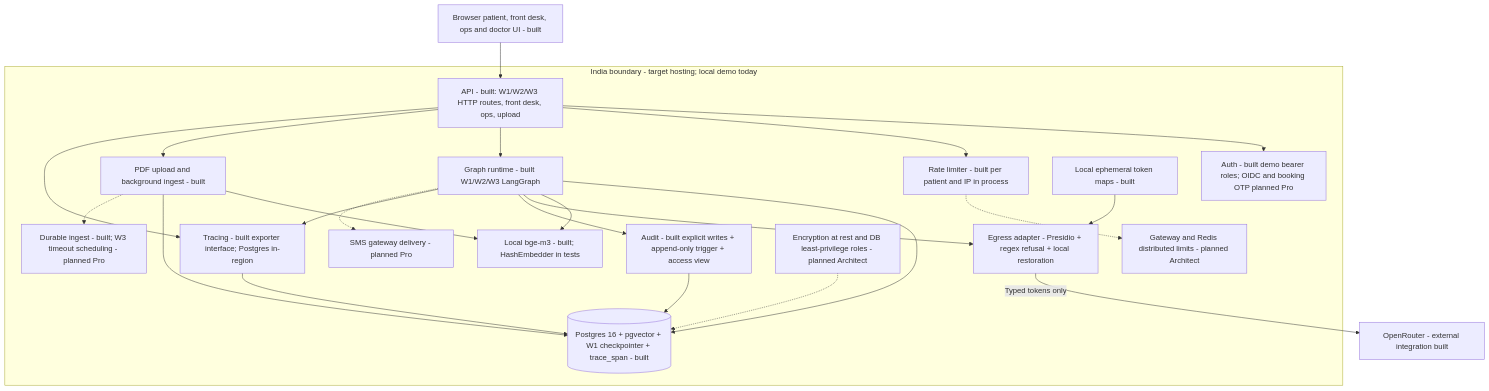
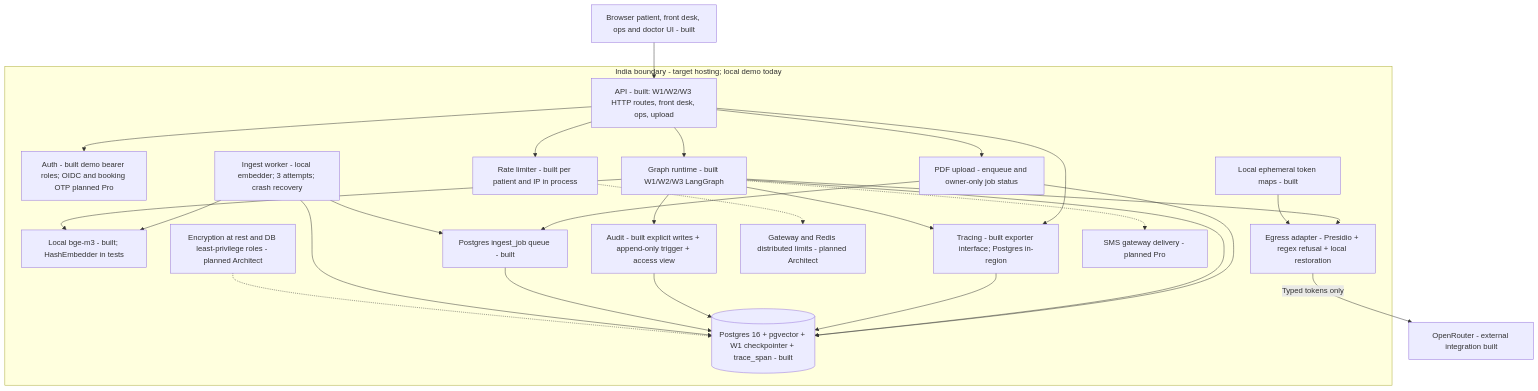
The diagram in docs/diagrams/container.md (akilakuppuswamy1/Sahyog_care), drawn with Mermaid before and after one commit. The commit also changed other lines of this file and 20 other files, not shown here.

Commit message:
Pro-6: durable ingest queue (SKIP LOCKED worker, retries, owner-only job status, ops tile, migration 012); remove unused duplicate services/w1 and services/llm.py

````diff
--- a/docs/diagrams/container.md
+++ b/docs/diagrams/container.md
@@ -7,41 +7,45 @@
 ```mermaid
 flowchart TB
     UI[Browser patient, front desk, ops and doctor UI - built] --> API
     subgraph India[India boundary - target hosting; local demo today]
         API[API - built: W1/W2/W3 HTTP routes, front desk, ops, upload]
         AUTH[Auth - built demo bearer roles; OIDC and booking OTP planned Pro]
         RL[Rate limiter - built per patient and IP in process]
         GRAPH[Graph runtime - built W1/W2/W3 LangGraph]
         PG[(Postgres 16 + pgvector + W1 checkpointer + trace_span - built)]
         EMB[Local bge-m3 - built; HashEmbedder in tests]
-        ING[PDF upload and background ingest - built]
+        ING[PDF upload - enqueue and owner-only job status]
         EG[Egress adapter - Presidio + regex refusal + local restoration]
         AUD[Audit - built explicit writes + append-only trigger + access view]
         TRACE[Tracing - built exporter interface; Postgres in-region]
         PHI[Local ephemeral token maps - built]
-        QUEUE[Durable ingest - built; W3 timeout scheduling - planned Pro]
+        QUEUE[Postgres ingest_job queue - built]
+        WORKER[Ingest worker - local embedder; 3 attempts; crash recovery]
         REDIS[Gateway and Redis distributed limits - planned Architect]
         CRYPTO[Encryption at rest and DB least-privilege roles - planned Architect]
         SMS[SMS gateway delivery - planned Pro]
         API --> AUTH
         API --> RL
         API --> GRAPH
         API --> ING
-        ING --> EMB
+        WORKER --> EMB
         ING --> PG
         GRAPH --> PG
         GRAPH --> EMB
         GRAPH --> EG
         GRAPH --> AUD
         API --> TRACE
         GRAPH --> TRACE
         TRACE --> PG
         AUD --> PG
         PHI --> EG
-        ING -.-> QUEUE
+        ING --> QUEUE
+        QUEUE --> PG
+        WORKER --> QUEUE
+        WORKER --> PG
         RL -.-> REDIS
         CRYPTO -.-> PG
         GRAPH -.-> SMS
     end
     EG -->|Typed tokens only| OR[OpenRouter - external integration built]
 ```
````
